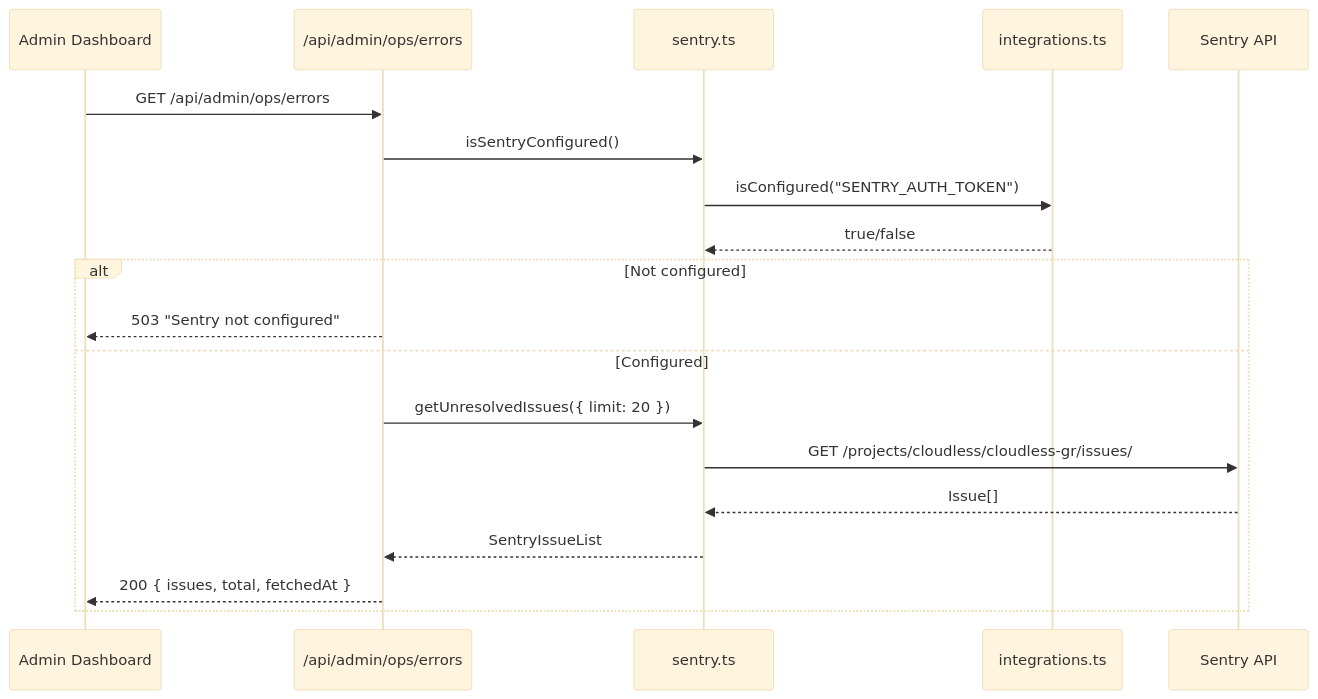
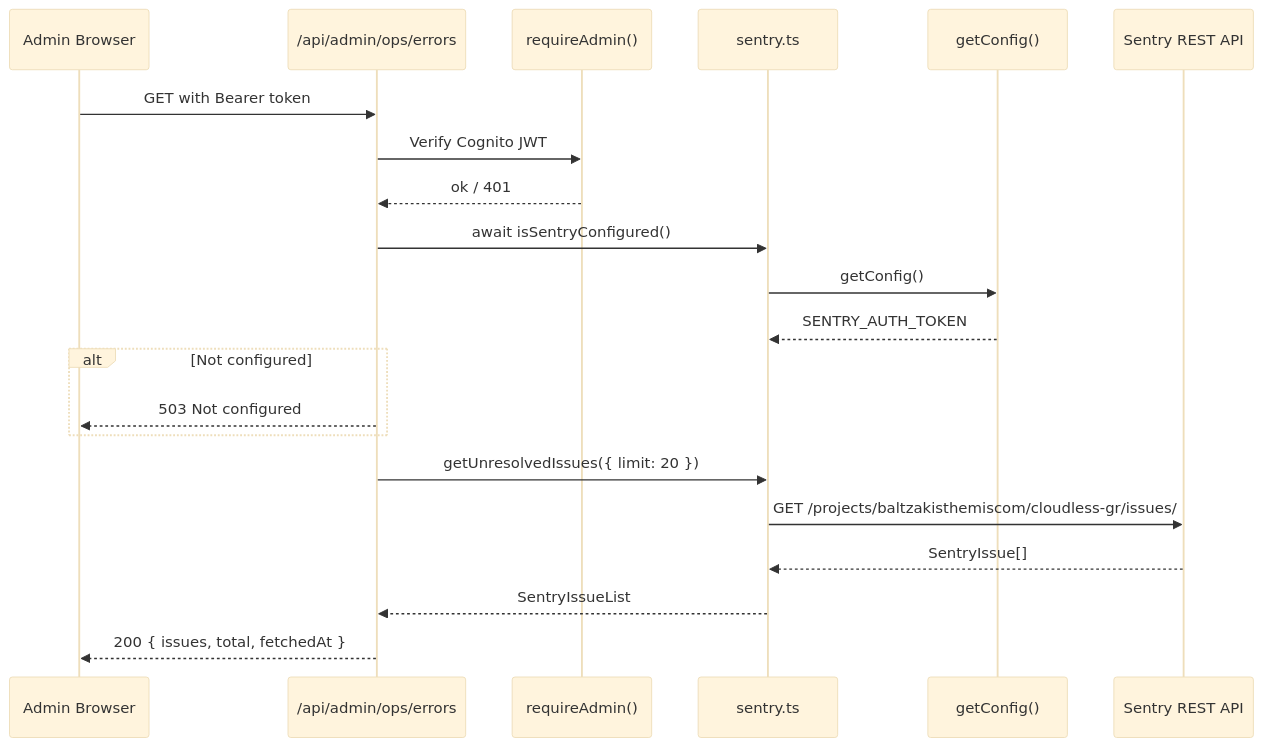
Before and after one commit to Themis128/cloudless.gr: the second of 2 diagrams in docs/SENTRY.md, drawn with Mermaid (base theme). The commit also changed other lines of this file and 4 other files, not shown here.

First line of the commit message:
fix(sentry): migrate to getConfig(), fix missing await on isSentryConfigured, add verifySentryToken

````diff
--- a/docs/SENTRY.md
+++ b/docs/SENTRY.md
@@ -44,23 +169,26 @@
 ```mermaid
 sequenceDiagram
-    participant Admin as Admin Dashboard
+    participant Admin as Admin Browser
     participant Route as /api/admin/ops/errors
+    participant Auth as requireAdmin()
     participant Lib as sentry.ts
-    participant Cfg as integrations.ts
-    participant API as Sentry API
+    participant SSM as getConfig()
+    participant API as Sentry REST API
 
-    Admin->>Route: GET /api/admin/ops/errors
-    Route->>Lib: isSentryConfigured()
-    Lib->>Cfg: isConfigured("SENTRY_AUTH_TOKEN")
-    Cfg-->>Lib: true/false
+    Admin->>Route: GET with Bearer token
+    Route->>Auth: Verify Cognito JWT
+    Auth-->>Route: ok / 401
 
+    Route->>Lib: await isSentryConfigured()
+    Lib->>SSM: getConfig()
+    SSM-->>Lib: SENTRY_AUTH_TOKEN
     alt Not configured
-        Route-->>Admin: 503 "Sentry not configured"
-    else Configured
-        Route->>Lib: getUnresolvedIssues({ limit: 20 })
-        Lib->>API: GET /projects/cloudless/cloudless-gr/issues/
-        API-->>Lib: Issue[]
-        Lib-->>Route: SentryIssueList
-        Route-->>Admin: 200 { issues, total, fetchedAt }
+        Route-->>Admin: 503 Not configured
     end
+
+    Route->>Lib: getUnresolvedIssues({ limit: 20 })
+    Lib->>API: GET /projects/baltzakisthemiscom/cloudless-gr/issues/
+    API-->>Lib: SentryIssue[]
+    Lib-->>Route: SentryIssueList
+    Route-->>Admin: 200 { issues, total, fetchedAt }
 ```
````
